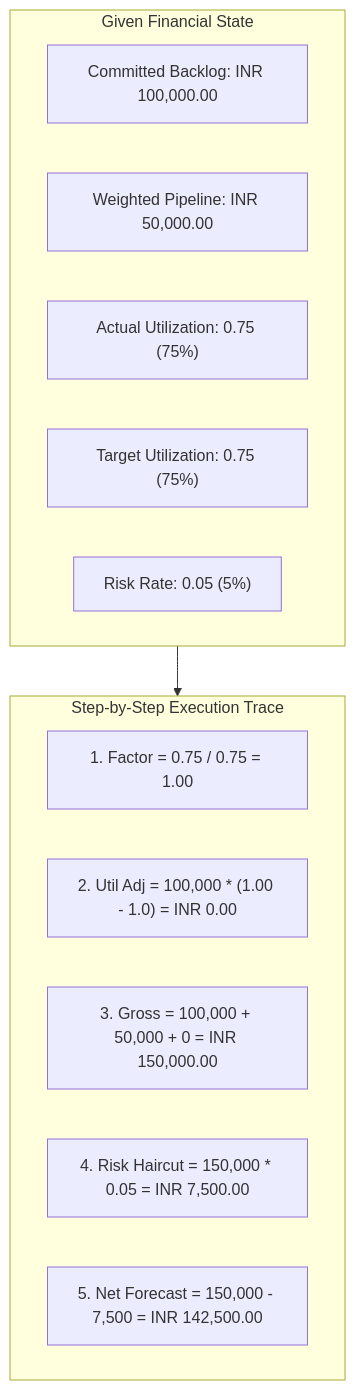
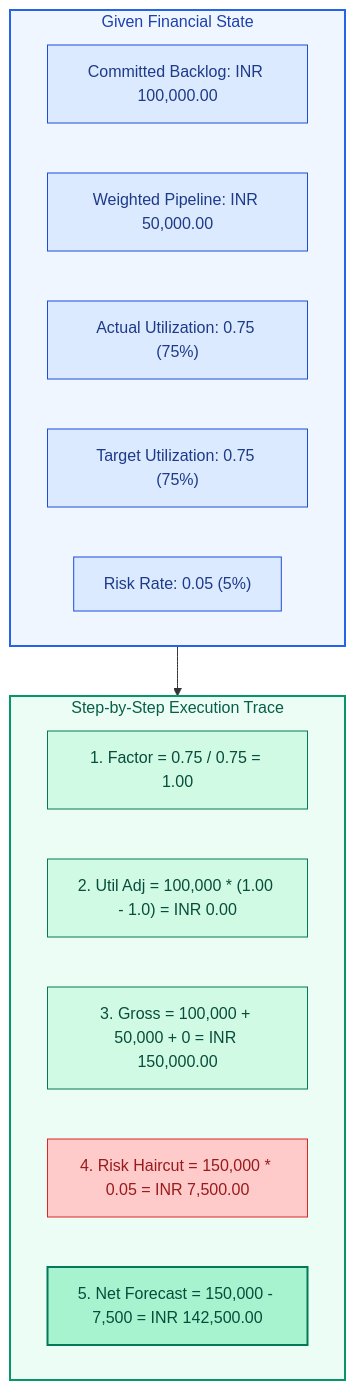
The second of 5 diagrams in docs/FORECAST_ENGINE.md (VED-VIVEK-TALMALEY/x-fin), drawn with Mermaid before and after one commit. The commit also changed other lines of this file and 6 other files, not shown here.

````diff
--- a/docs/FORECAST_ENGINE.md
+++ b/docs/FORECAST_ENGINE.md
@@ -85,20 +103,35 @@
 ```mermaid
 graph TD
     subgraph Given["Given Financial State"]
         G1["Committed Backlog: INR 100,000.00"]
         G2["Weighted Pipeline: INR 50,000.00"]
         G3["Actual Utilization: 0.75 (75%)"]
         G4["Target Utilization: 0.75 (75%)"]
         G5["Risk Rate: 0.05 (5%)"]
     end
 
     subgraph StepTrace["Step-by-Step Execution Trace"]
         T1["1. Factor = 0.75 / 0.75 = 1.00"]
         T2["2. Util Adj = 100,000 * (1.00 - 1.0) = INR 0.00"]
         T3["3. Gross = 100,000 + 50,000 + 0 = INR 150,000.00"]
         T4["4. Risk Haircut = 150,000 * 0.05 = INR 7,500.00"]
         T5["5. Net Forecast = 150,000 - 7,500 = INR 142,500.00"]
     end
 
     Given --> StepTrace
+
+    style Given fill:#EFF6FF,stroke:#2563EB,stroke-width:2px,color:#1E40AF
+    style StepTrace fill:#ECFDF5,stroke:#059669,stroke-width:2px,color:#065F46
+
+    style G1 fill:#DBEAFE,stroke:#1D4ED8,stroke-width:1px,color:#1E3A8A
+    style G2 fill:#DBEAFE,stroke:#1D4ED8,stroke-width:1px,color:#1E3A8A
+    style G3 fill:#DBEAFE,stroke:#1D4ED8,stroke-width:1px,color:#1E3A8A
+    style G4 fill:#DBEAFE,stroke:#1D4ED8,stroke-width:1px,color:#1E3A8A
+    style G5 fill:#DBEAFE,stroke:#1D4ED8,stroke-width:1px,color:#1E3A8A
+
+    style T1 fill:#D1FAE5,stroke:#047857,stroke-width:1px,color:#064E3B
+    style T2 fill:#D1FAE5,stroke:#047857,stroke-width:1px,color:#064E3B
+    style T3 fill:#D1FAE5,stroke:#047857,stroke-width:1px,color:#064E3B
+    style T4 fill:#FECACA,stroke:#DC2626,stroke-width:1px,color:#991B1B
+    style T5 fill:#A7F3D0,stroke:#047857,stroke-width:2px,color:#064E3B
 ```
````
